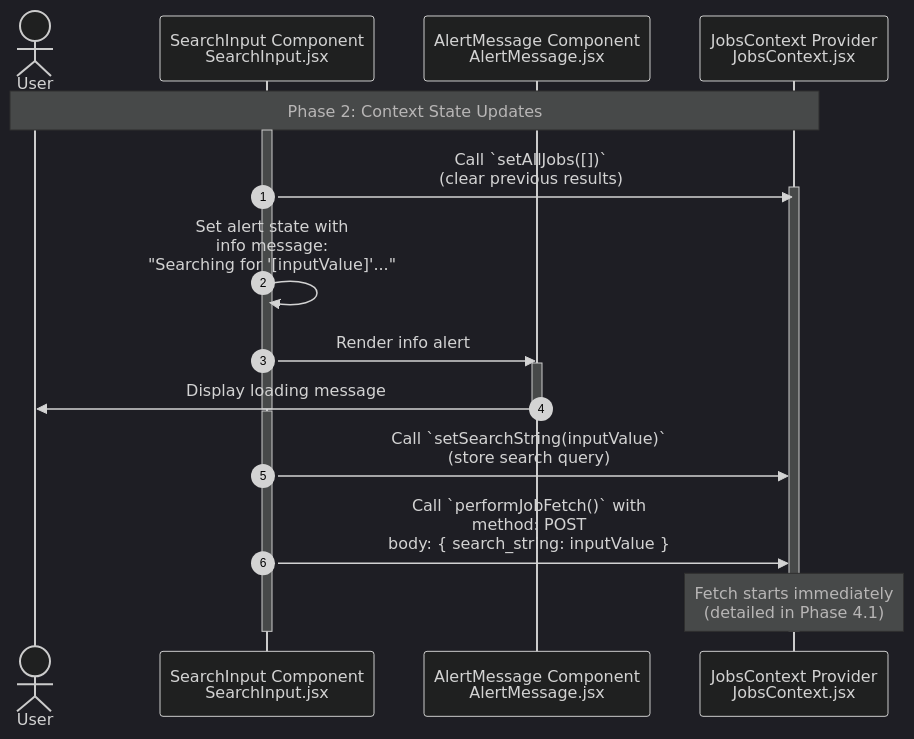
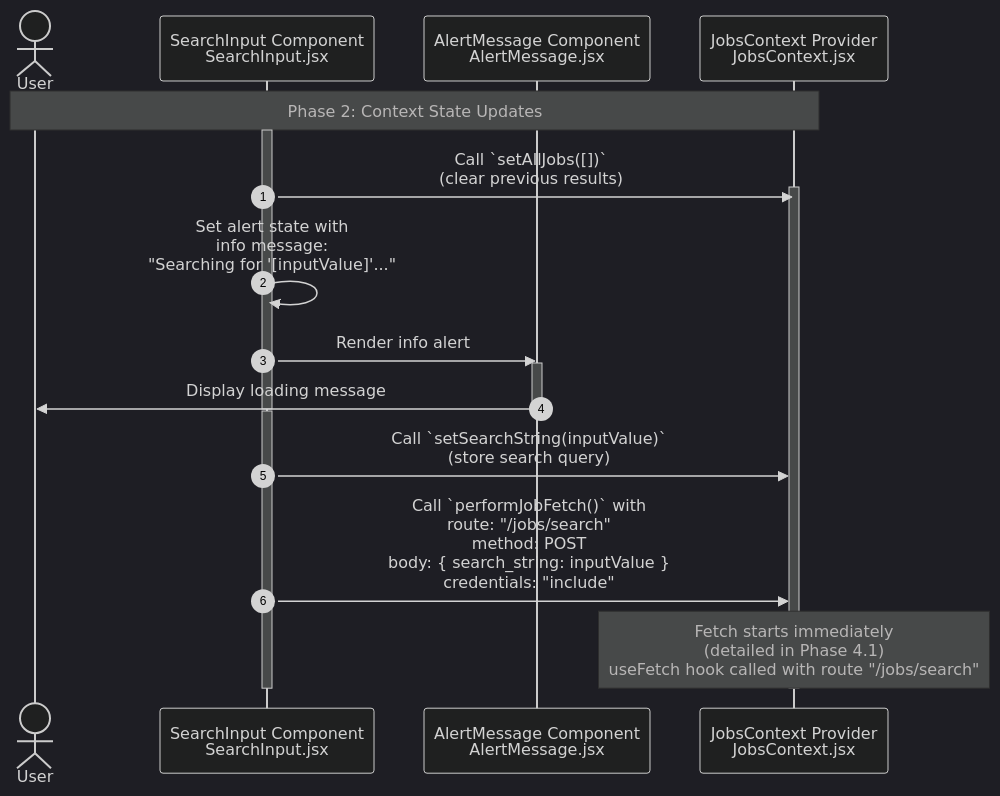
Before and after one commit to YahyaAl-Ademi/2025.10.23-JobCompass: the diagram in documentation/jobFetch/2.Context State Updates.md, drawn with Mermaid (dark theme). The commit also changed 7 other files, not shown here.

Commit message:
feat: enhance documentation with detailed job search architecture, caching strategies, and response delivery processes

````diff
--- a/documentation/jobFetch/2.Context State Updates.md
+++ b/documentation/jobFetch/2.Context State Updates.md
@@ -7,36 +7,36 @@
 ```mermaid
 sequenceDiagram
     autonumber
     actor User
     %% File paths:
     %% SearchInput: client/src/components/SearchInput/SearchInput.jsx
     %% AlertMessage: client/src/components/AlertMessage/AlertMessage.jsx
     %% JobsContext: client/src/context/JobsContext.jsx
     participant SearchInput as SearchInput Component<br/>SearchInput.jsx
     participant AlertMessage as AlertMessage Component<br/>AlertMessage.jsx
     participant JobsContext as JobsContext Provider<br/>JobsContext.jsx
 
     Note over User,JobsContext: Phase 2: Context State Updates
     activate SearchInput
     SearchInput->>JobsContext: Call `setAllJobs([])`<br/>(clear previous results)
     activate JobsContext
     deactivate SearchInput
 
     activate SearchInput
     SearchInput->>SearchInput: Set alert state with<br/>info message:<br/>"Searching for '[inputValue]'..."
     SearchInput->>AlertMessage: Render info alert
     activate AlertMessage
     AlertMessage->>User: Display loading message
     deactivate AlertMessage
     deactivate SearchInput
 
     activate SearchInput
     SearchInput->>JobsContext: Call `setSearchString(inputValue)`<br/>(store search query)
     deactivate SearchInput
 
     activate SearchInput
-    SearchInput->>JobsContext: Call `performJobFetch()` with<br/>method: POST<br/>body: { search_string: inputValue }
-    Note over JobsContext: Fetch starts immediately<br/>(detailed in Phase 4.1)
+    SearchInput->>JobsContext: Call `performJobFetch()` with<br/>route: "/jobs/search"<br/>method: POST<br/>body: { search_string: inputValue }<br/>credentials: "include"
+    Note over JobsContext: Fetch starts immediately<br/>(detailed in Phase 4.1)<br/>useFetch hook called with route "/jobs/search"
     deactivate SearchInput
     deactivate JobsContext
 ```
````
